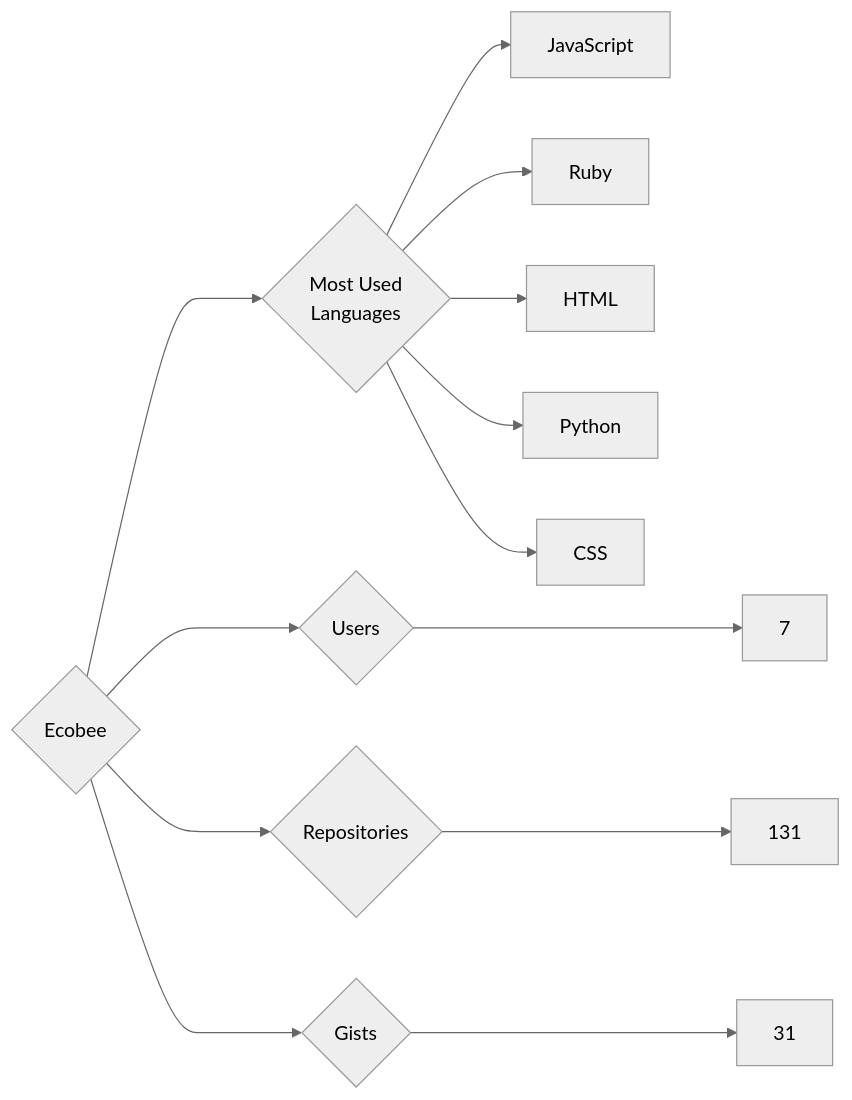
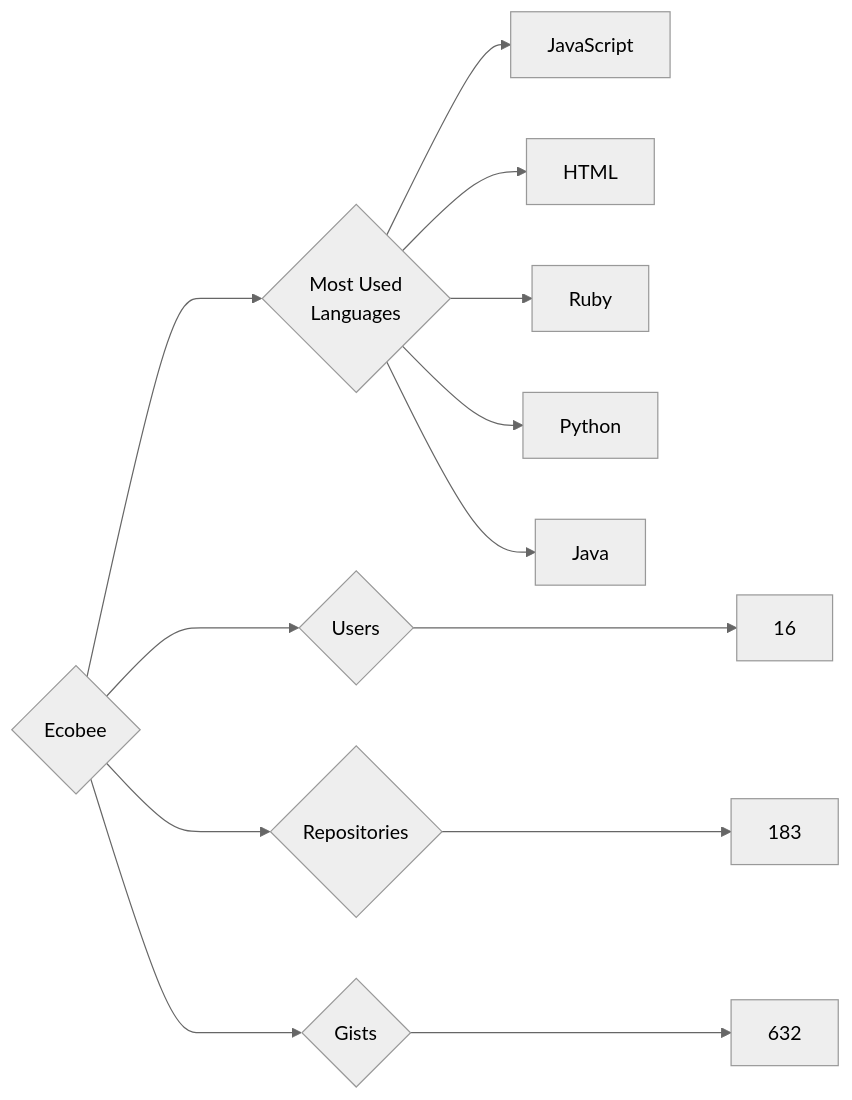
Before and after one commit to trickest/insiders: the diagram in targets/Ecobee/README.md, drawn with Mermaid (neutral theme). The commit also changed 965 other files, not shown here.

````diff
--- a/targets/Ecobee/README.md
+++ b/targets/Ecobee/README.md
@@ -3,13 +3,13 @@
 ```mermaid
 graph LR
 COMPANY_NAME{Ecobee}
-COMPANY_NAME ---> U{Users} ---> UN[7]
-COMPANY_NAME ---> R{Repositories} ---> RN[131]
-COMPANY_NAME ---> G{Gists} ---> GN[31]
+COMPANY_NAME ---> U{Users} ---> UN[16]
+COMPANY_NAME ---> R{Repositories} ---> RN[183]
+COMPANY_NAME ---> G{Gists} ---> GN[632]
 COMPANY_NAME ---> ML{Most Used<br>Languages}
 ML --> JavaScript[JavaScript]
+ML --> HTML[HTML]
 ML --> Ruby[Ruby]
-ML --> HTML[HTML]
 ML --> Python[Python]
-ML --> CSS[CSS]
+ML --> Java[Java]
 ```
````
